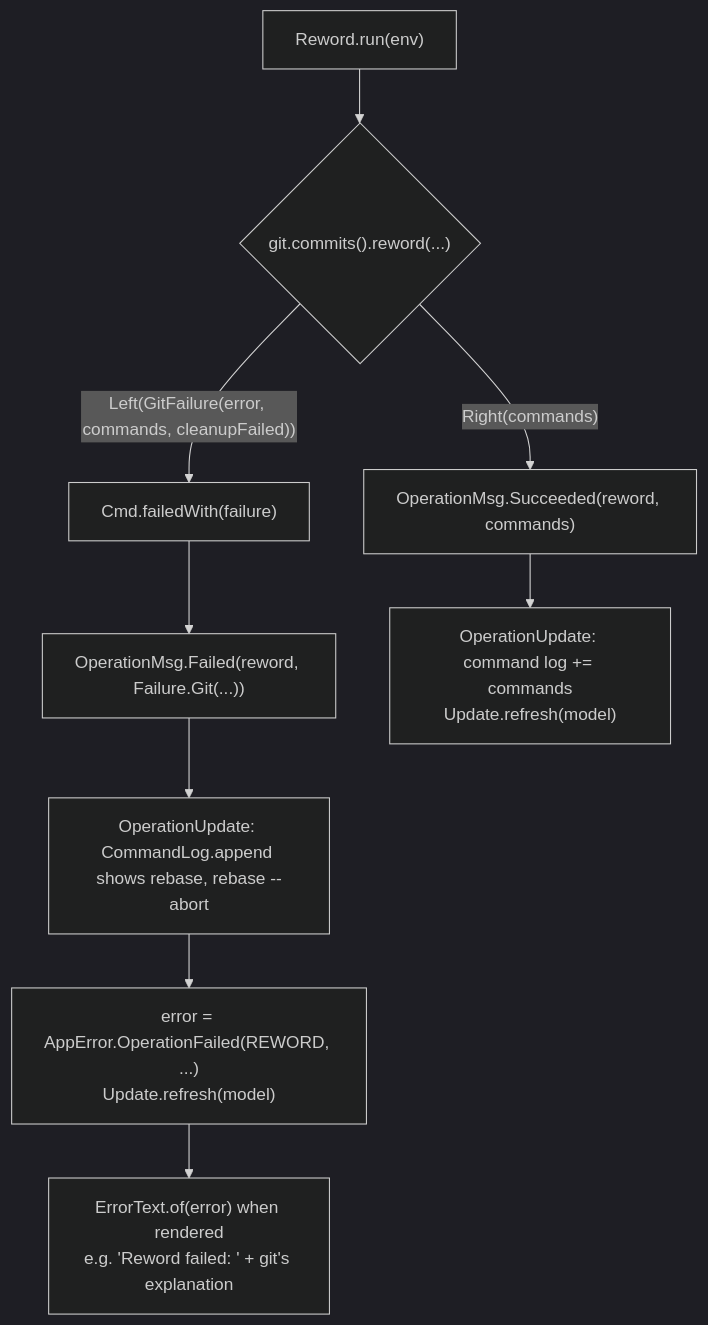
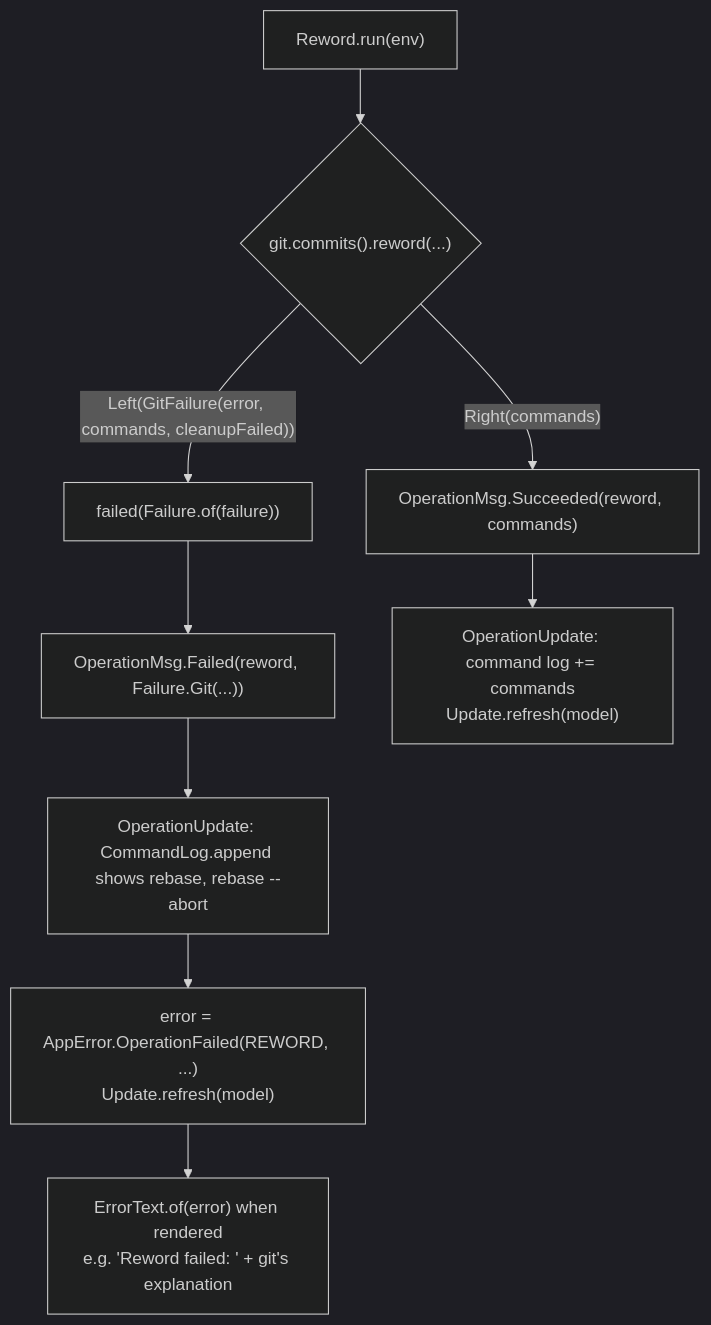
One commit to cvanfleteren/jazygit changed the seventh of 7 diagrams in ARCHITECTURE.md. Above: the diagram before and after it, drawn with Mermaid (dark theme). The commit also changed other lines of this file and 127 other files, not shown here.

````diff
--- a/ARCHITECTURE.md
+++ b/ARCHITECTURE.md
@@ -1243,11 +1253,11 @@
 ```mermaid
 flowchart TD
     Run["Reword.run(env)"] --> Either{"git.commits().reword(...)"}
     Either -- "Right(commands)" --> Done["OperationMsg.Succeeded(reword, commands)"]
-    Either -- "Left(GitFailure(error, commands, cleanupFailed))" --> FailedWith["Cmd.failedWith(failure)"]
+    Either -- "Left(GitFailure(error, commands, cleanupFailed))" --> FailedWith["failed(Failure.of(failure))"]
     FailedWith --> Failed["OperationMsg.Failed(reword, Failure.Git(...))"]
     Failed --> Log["OperationUpdate: CommandLog.append shows rebase, rebase --abort"]
     Log --> Update["error = AppError.OperationFailed(REWORD, ...)<br/>Update.refresh(model)"]
     Update --> Text["ErrorText.of(error) when rendered<br/>e.g. 'Reword failed: ' + git's explanation"]
     Done --> UpdateOk["OperationUpdate: command log += commands<br/>Update.refresh(model)"]
 ```
````
